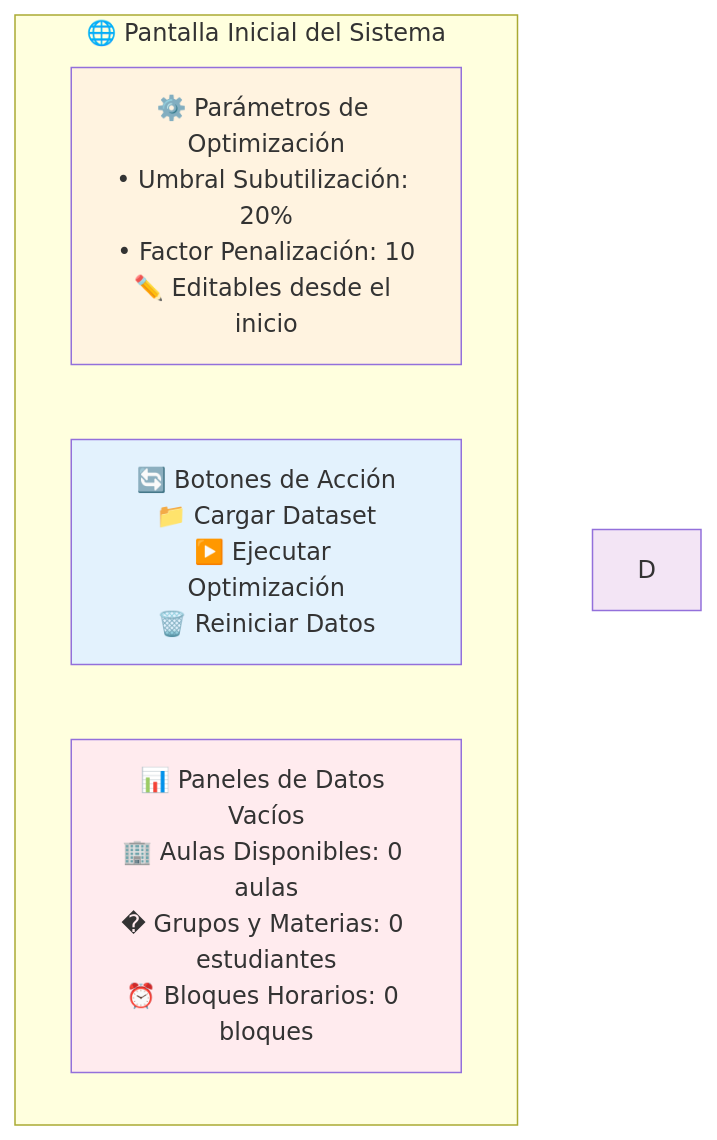
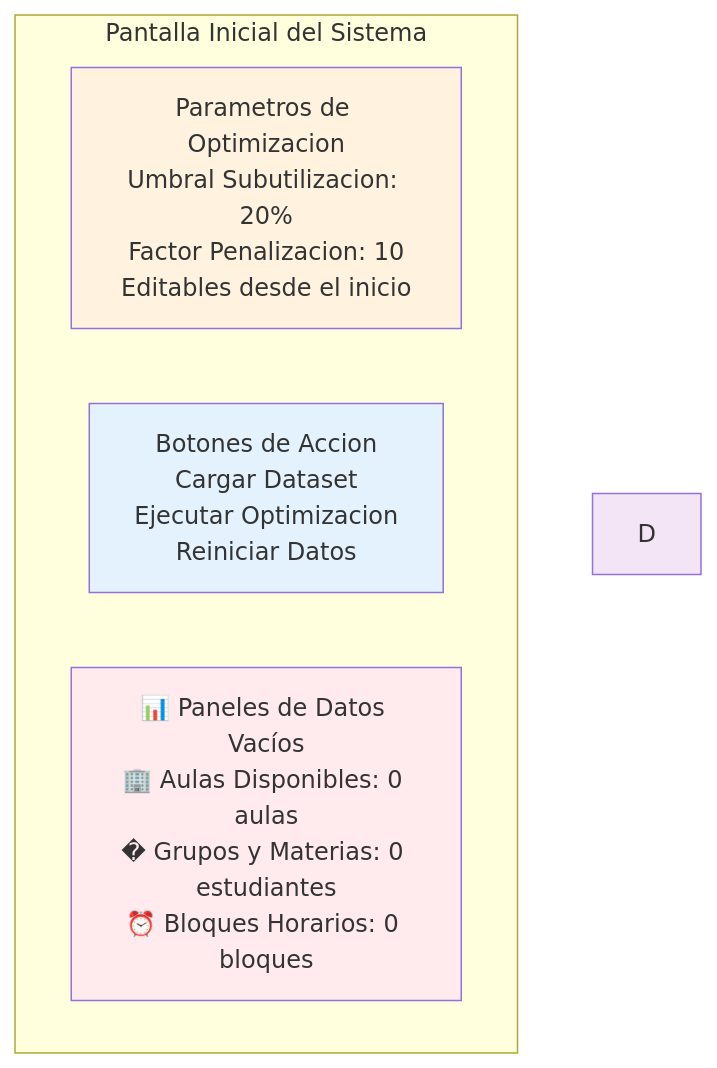
The third of 18 diagrams in GUIA_USUARIO.md (Job-Natanael-Contreras-Garzon/OptimizacionAulaIO1), drawn with Mermaid before and after one commit. The commit also changed other lines of this file, not shown here.

````diff
--- a/GUIA_USUARIO.md
+++ b/GUIA_USUARIO.md
@@ -113,14 +117,14 @@
 ```mermaid
 graph TB
-    subgraph "🌐 Pantalla Inicial del Sistema"
-        A[⚙️ Parámetros de Optimización<br/>• Umbral Subutilización: 20%<br/>• Factor Penalización: 10<br/>✏️ Editables desde el inicio]
+    subgraph "Pantalla Inicial del Sistema"
+        A[Parametros de Optimizacion<br/>Umbral Subutilizacion: 20%<br/>Factor Penalizacion: 10<br/>Editables desde el inicio]
         
-        B[🔄 Botones de Acción<br/>📁 Cargar Dataset<br/>▶️ Ejecutar Optimización<br/>🗑️ Reiniciar Datos]
+        B[Botones de Accion<br/>Cargar Dataset<br/>Ejecutar Optimizacion<br/>Reiniciar Datos]
         
         C[📊 Paneles de Datos Vacíos<br/>🏢 Aulas Disponibles: 0 aulas<br/>� Grupos y Materias: 0 estudiantes<br/>⏰ Bloques Horarios: 0 bloques]
     end
       style A fill:#fff3e0
     style B fill:#e3f2fd
     style C fill:#ffebee
     style D fill:#f3e5f5
 ```
````
